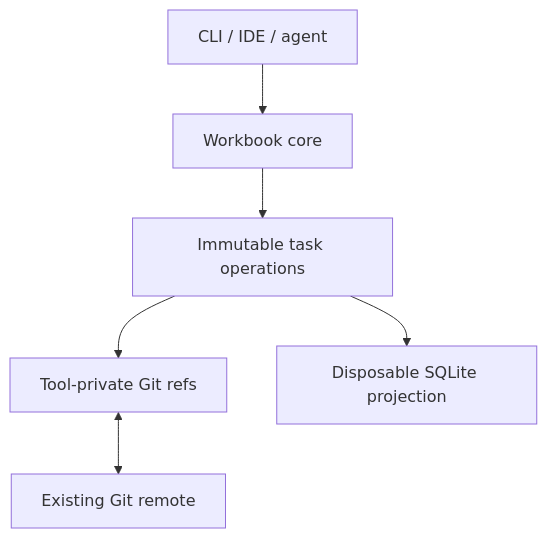
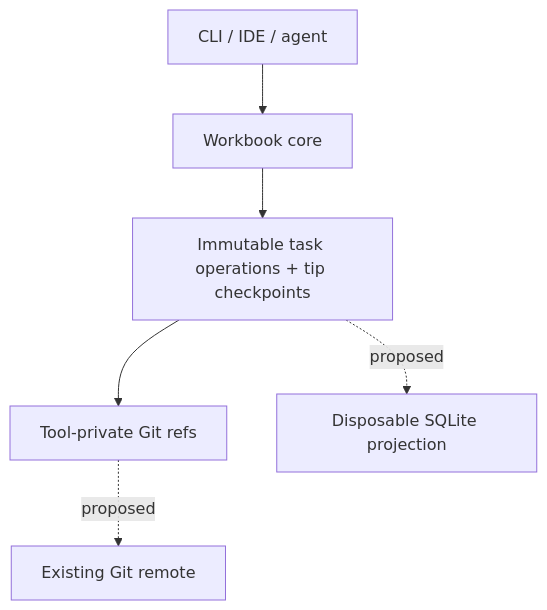
One commit to dgoings/workbook changed the diagram in README.md. Above: the diagram before and after it, drawn with Mermaid. The commit also changed other lines of this file and 2 other files, not shown here.

````diff
--- a/README.md
+++ b/README.md
@@ -62,8 +108,8 @@
 ```mermaid
 flowchart TD
     CLI["CLI / IDE / agent"] --> Core["Workbook core"]
-    Core --> Ops["Immutable task operations"]
+    Core --> Ops["Immutable task operations + tip checkpoints"]
     Ops --> Refs["Tool-private Git refs"]
-    Refs <--> Remote["Existing Git remote"]
-    Ops --> SQLite["Disposable SQLite projection"]
+    Refs -. proposed .-> Remote["Existing Git remote"]
+    Ops -. proposed .-> SQLite["Disposable SQLite projection"]
 ```
````
